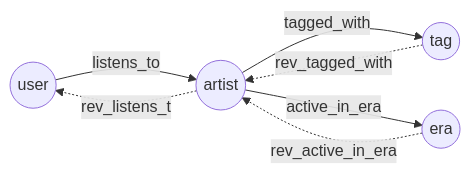
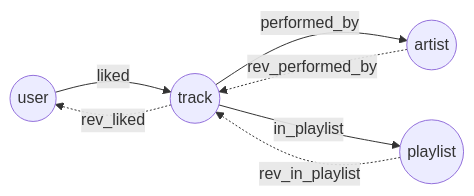
Before and after one commit to ogligorov/kgat-music-recommender: the second of 10 diagrams in docs/architecture.md, drawn with Mermaid. The commit also changed other lines of this file and 10 other files, not shown here.

````diff
--- a/docs/architecture.md
+++ b/docs/architecture.md
@@ -108,9 +113,9 @@
 ```mermaid
 graph LR
-    U((user)) -->|listens_to| A((artist))
-    A -->|tagged_with| T((tag))
-    A -->|active_in_era| E((era))
-    A -.rev_listens_to.-> U
-    T -.rev_tagged_with.-> A
-    E -.rev_active_in_era.-> A
+    U((user)) -->|liked| T((track))
+    T -->|performed_by| A((artist))
+    T -->|in_playlist| P((playlist))
+    T -.rev_liked.-> U
+    A -.rev_performed_by.-> T
+    P -.rev_in_playlist.-> T
 ```
````
